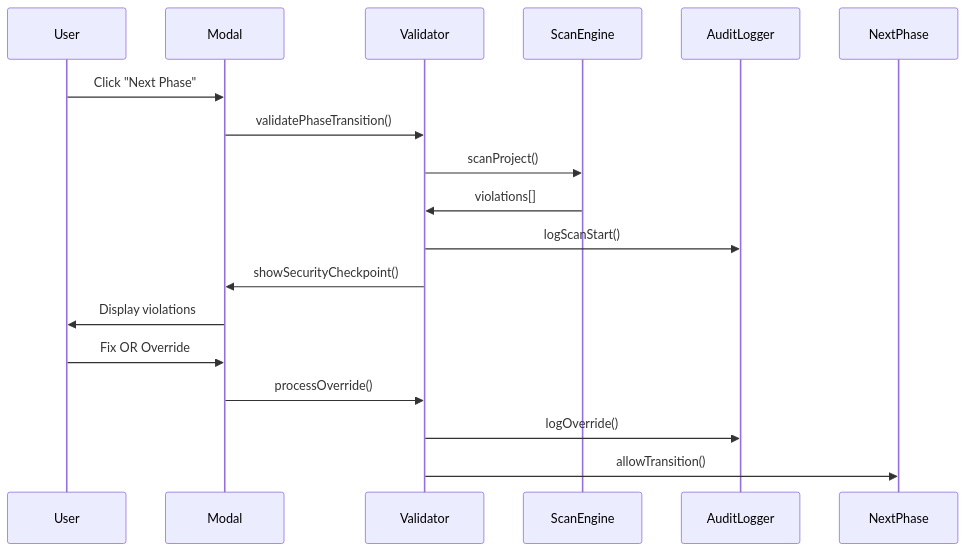
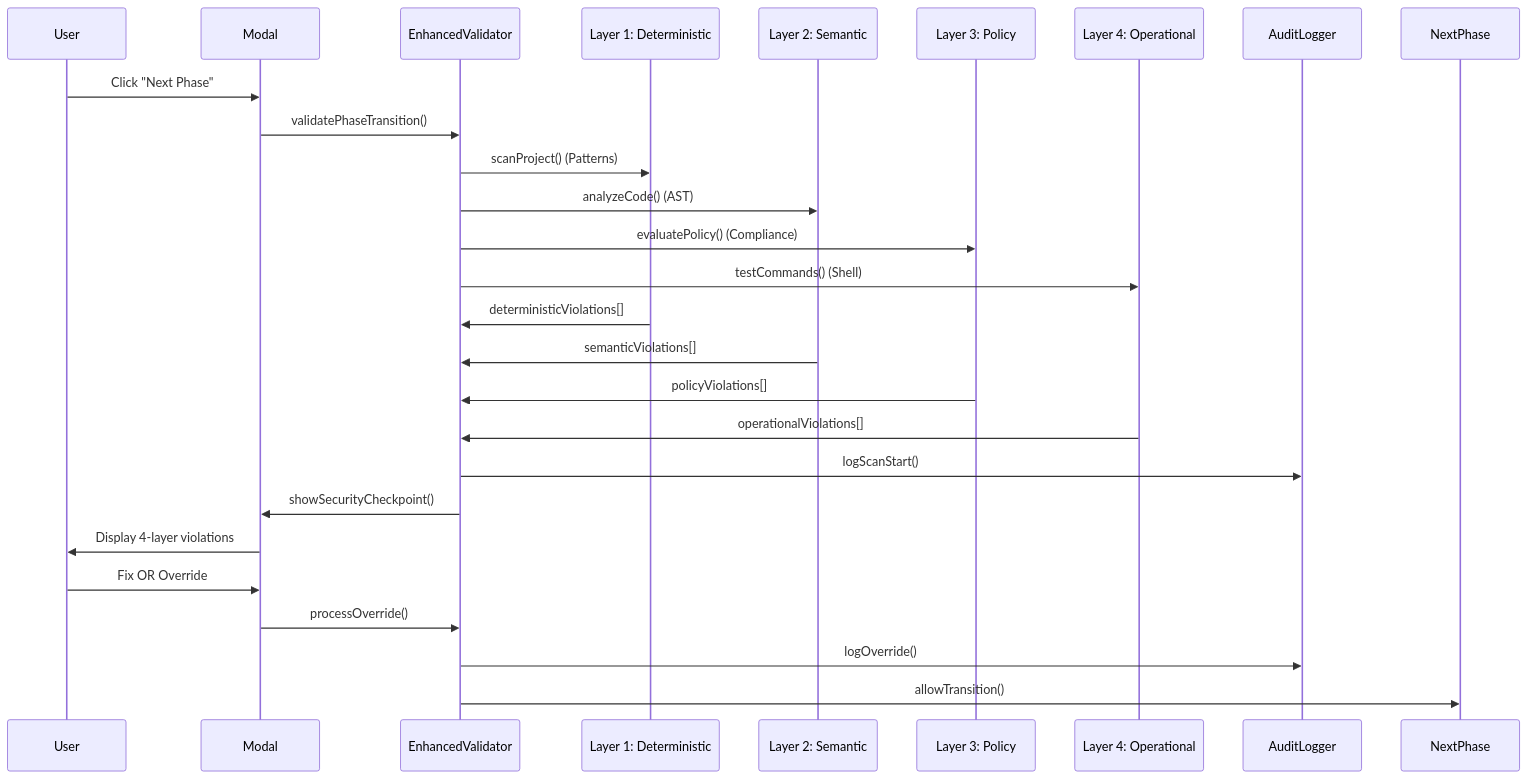
Before and after one commit to mwill20/AI-DevSecOps: the second of 2 diagrams in src/security/README.md, drawn with Mermaid. The commit also changed other lines of this file and 2 other files, not shown here.

First line of the commit message:
docs: Add comprehensive README and .gitignore for 4-layer AI-DevSecOps platform

````diff
--- a/src/security/README.md
+++ b/src/security/README.md
@@ -56,21 +103,32 @@
 ```mermaid
 sequenceDiagram
     participant User
     participant Modal
-    participant Validator
-    participant ScanEngine
+    participant EnhancedValidator
+    participant Layer1 as Layer 1: Deterministic
+    participant Layer2 as Layer 2: Semantic
+    participant Layer3 as Layer 3: Policy
+    participant Layer4 as Layer 4: Operational
     participant AuditLogger
     participant NextPhase
 
     User->>Modal: Click "Next Phase"
-    Modal->>Validator: validatePhaseTransition()
-    Validator->>ScanEngine: scanProject()
-    ScanEngine->>Validator: violations[]
-    Validator->>AuditLogger: logScanStart()
-    Validator->>Modal: showSecurityCheckpoint()
-    Modal->>User: Display violations
+    Modal->>EnhancedValidator: validatePhaseTransition()
+    EnhancedValidator->>Layer1: scanProject() (Patterns)
+    EnhancedValidator->>Layer2: analyzeCode() (AST)
+    EnhancedValidator->>Layer3: evaluatePolicy() (Compliance)
+    EnhancedValidator->>Layer4: testCommands() (Shell)
+    
+    Layer1->>EnhancedValidator: deterministicViolations[]
+    Layer2->>EnhancedValidator: semanticViolations[]
+    Layer3->>EnhancedValidator: policyViolations[]
+    Layer4->>EnhancedValidator: operationalViolations[]
+    
+    EnhancedValidator->>AuditLogger: logScanStart()
+    EnhancedValidator->>Modal: showSecurityCheckpoint()
+    Modal->>User: Display 4-layer violations
     User->>Modal: Fix OR Override
-    Modal->>Validator: processOverride()
-    Validator->>AuditLogger: logOverride()
-    Validator->>NextPhase: allowTransition()
+    Modal->>EnhancedValidator: processOverride()
+    EnhancedValidator->>AuditLogger: logOverride()
+    EnhancedValidator->>NextPhase: allowTransition()
 ```
````
